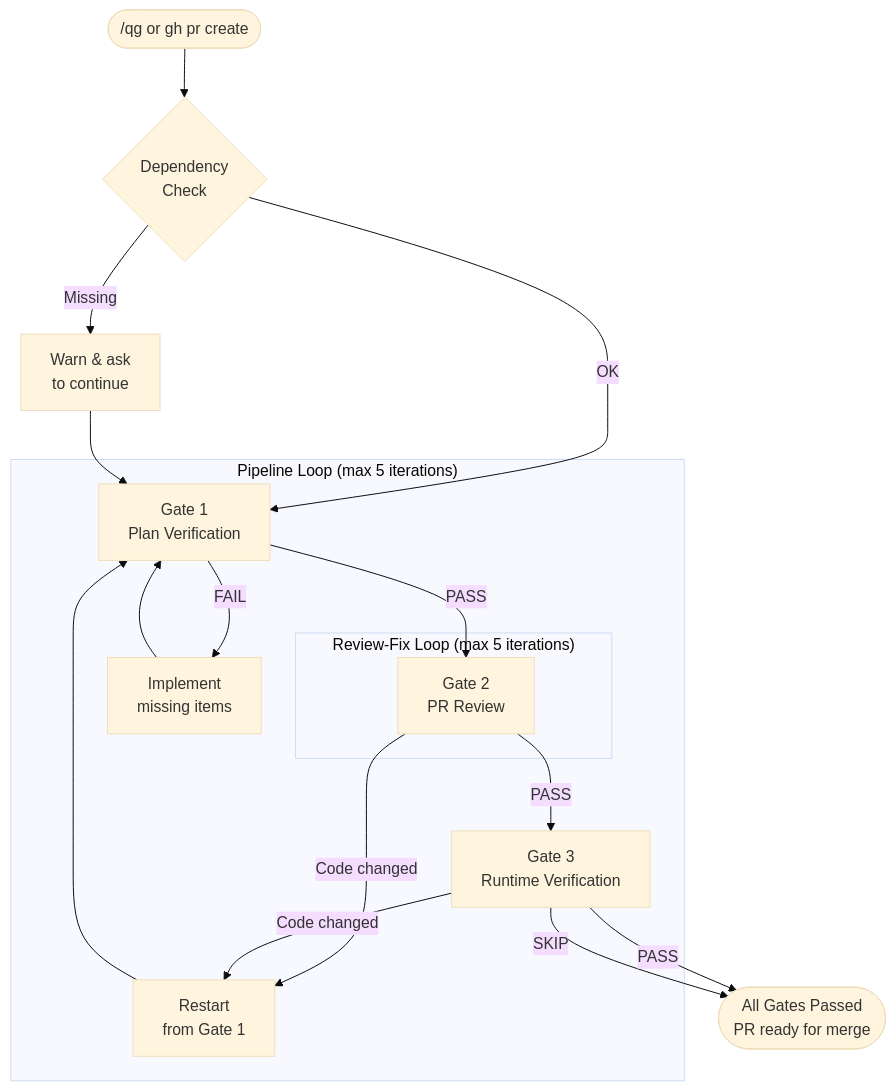
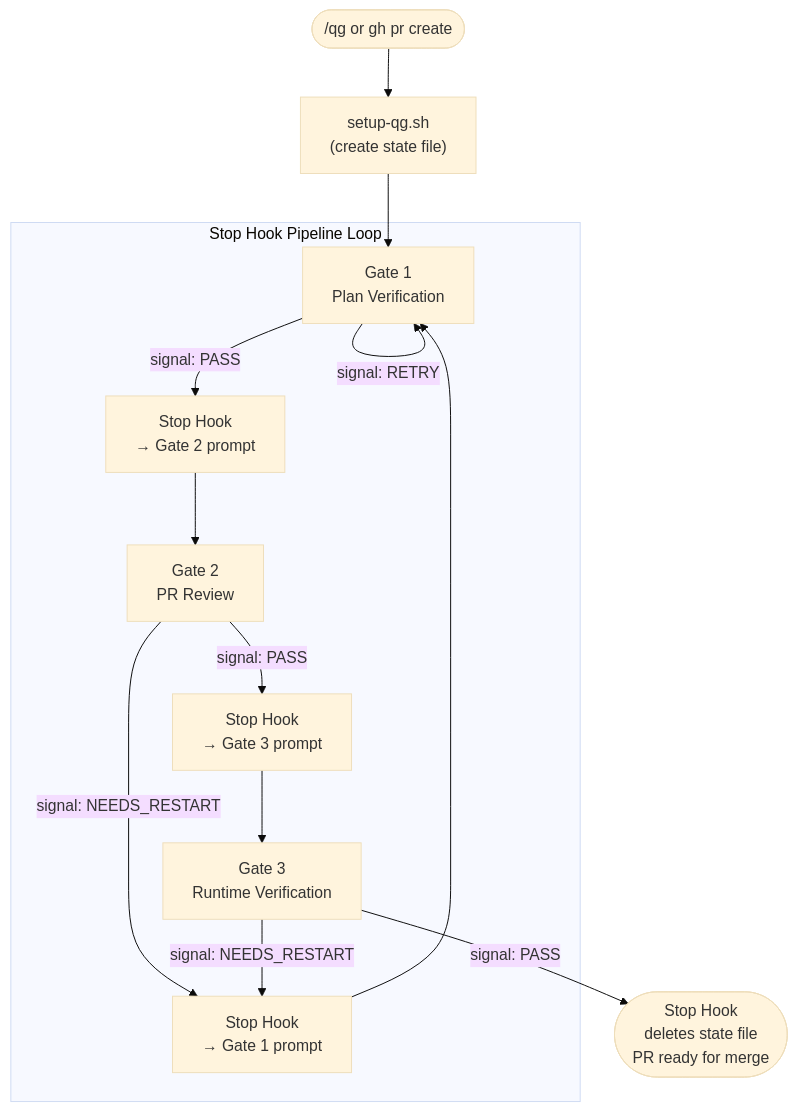
Before and after one commit to Jeongho-K/devbrew: the first of 2 diagrams in plugins/quality-gates/README.md, drawn with Mermaid (base theme). The commit also changed other lines of this file and 12 other files, not shown here.

First line of the commit message:
feat(quality-gates): migrate pipeline to Stop hook-based progression (#10)

````diff
--- a/plugins/quality-gates/README.md
+++ b/plugins/quality-gates/README.md
@@ -59,29 +71,23 @@
 ```mermaid
 flowchart TD
-    Start(["/qg or gh pr create"]) --> DepCheck{"Dependency\nCheck"}
-    DepCheck -->|OK| G1
-    DepCheck -->|Missing| Warn["Warn & ask\nto continue"]
-    Warn --> G1
+    Start(["/qg or gh pr create"]) --> Setup["setup-qg.sh\n(create state file)"]
+    Setup --> G1
 
-    subgraph Pipeline ["Pipeline Loop (max 5 iterations)"]
+    subgraph Pipeline ["Stop Hook Pipeline Loop"]
         G1["Gate 1\nPlan Verification"]
-        G1 -->|PASS| G2
-        G1 -->|FAIL| Fix1["Implement\nmissing items"]
-        Fix1 --> G1
+        G1 -->|signal: PASS| StopH1["Stop Hook\n→ Gate 2 prompt"]
+        G1 -->|signal: RETRY| G1
+        StopH1 --> G2
 
         G2["Gate 2\nPR Review"]
-        G2 -->|PASS| G3
-        G2 -->|Code changed| Restart["Restart\nfrom Gate 1"]
-        Restart --> G1
-
-        subgraph G2Loop ["Review-Fix Loop (max 5 iterations)"]
-            G2
-        end
+        G2 -->|signal: PASS| StopH2["Stop Hook\n→ Gate 3 prompt"]
+        G2 -->|signal: NEEDS_RESTART| StopH3["Stop Hook\n→ Gate 1 prompt"]
+        StopH3 --> G1
+        StopH2 --> G3
 
         G3["Gate 3\nRuntime Verification"]
-        G3 -->|Code changed| Restart
+        G3 -->|signal: NEEDS_RESTART| StopH3
     end
 
-    G3 -->|PASS| Done(["All Gates Passed\nPR ready for merge"])
-    G3 -->|SKIP| Done
+    G3 -->|signal: PASS| Done(["Stop Hook\ndeletes state file\nPR ready for merge"])
 ```
````
